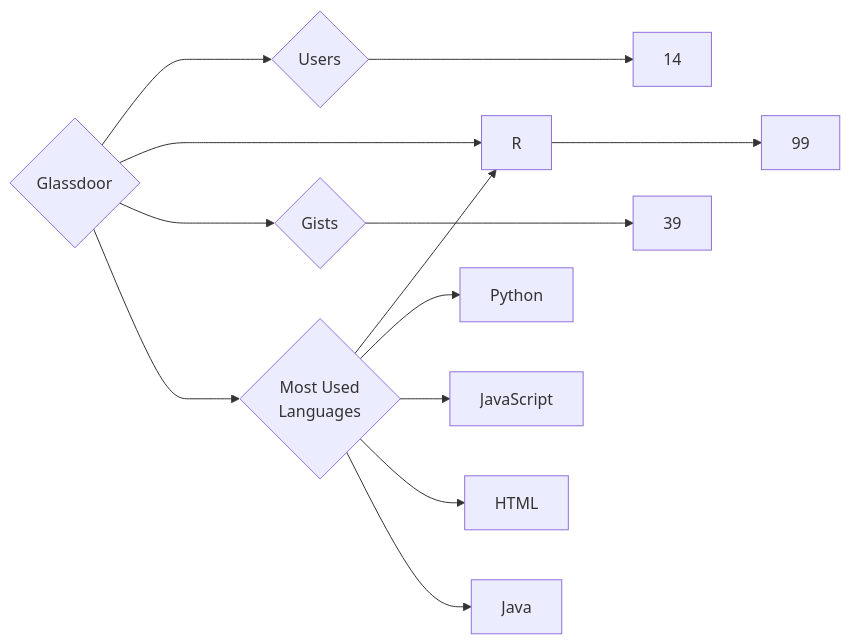
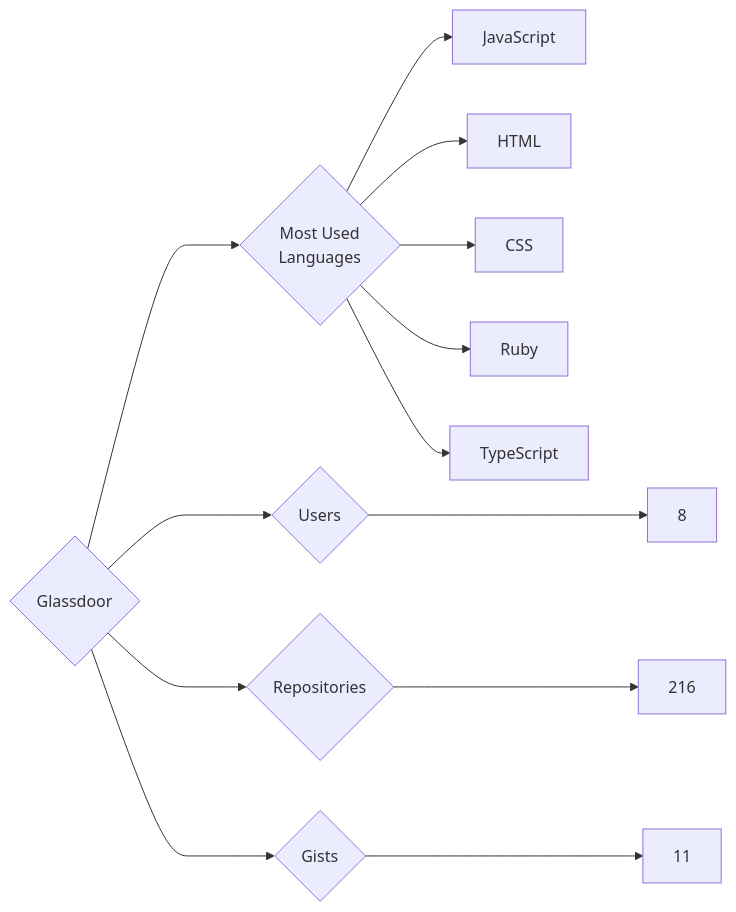
The diagram in targets/Glassdoor/README.md (trickest/insiders), drawn with Mermaid before and after one commit. The commit also changed 1195 other files, not shown here.

````diff
--- a/targets/Glassdoor/README.md
+++ b/targets/Glassdoor/README.md
@@ -3,13 +3,13 @@
 ```mermaid
 graph LR
 COMPANY_NAME{Glassdoor}
-COMPANY_NAME ---> U{Users} ---> UN[14]
-COMPANY_NAME ---> R{Repositories} ---> RN[99]
-COMPANY_NAME ---> G{Gists} ---> GN[39]
+COMPANY_NAME ---> U{Users} ---> UN[8]
+COMPANY_NAME ---> R{Repositories} ---> RN[216]
+COMPANY_NAME ---> G{Gists} ---> GN[11]
 COMPANY_NAME ---> ML{Most Used<br>Languages}
-ML --> R[R]
-ML --> Python[Python]
 ML --> JavaScript[JavaScript]
 ML --> HTML[HTML]
-ML --> Java[Java]
+ML --> CSS[CSS]
+ML --> Ruby[Ruby]
+ML --> TypeScript[TypeScript]
 ```
````
